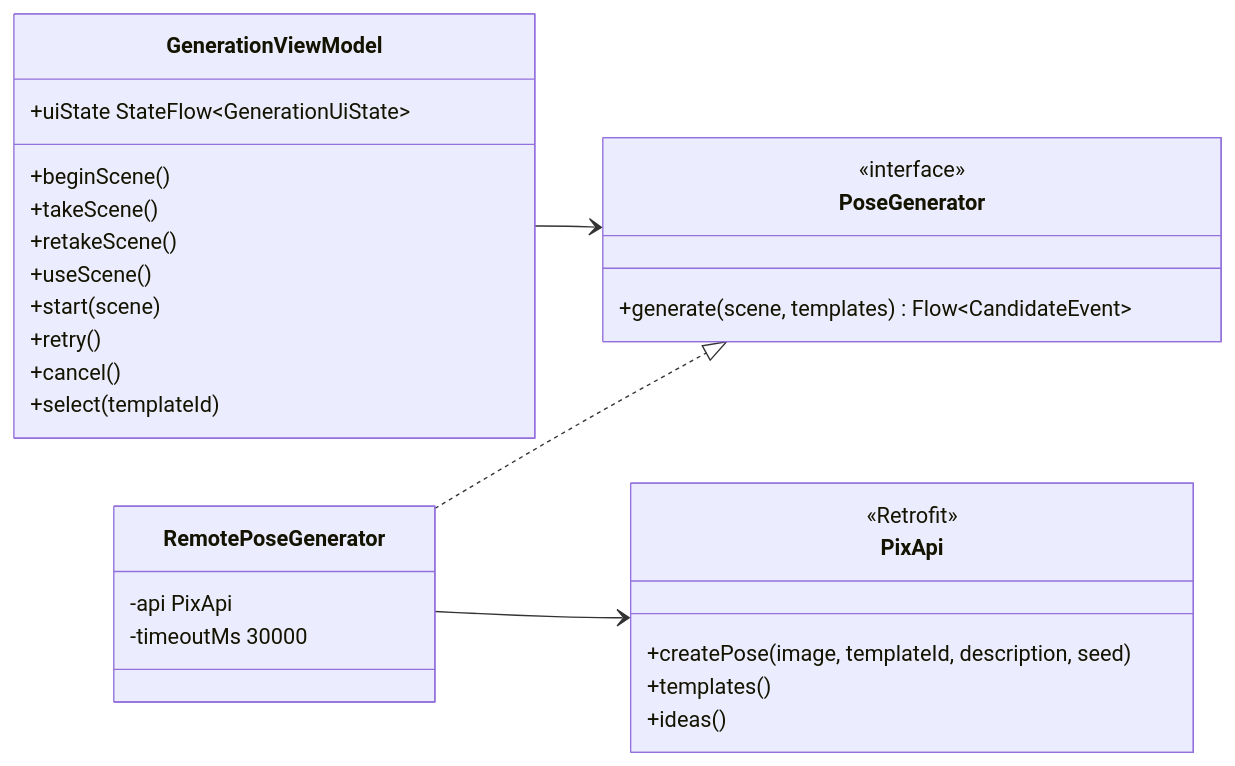
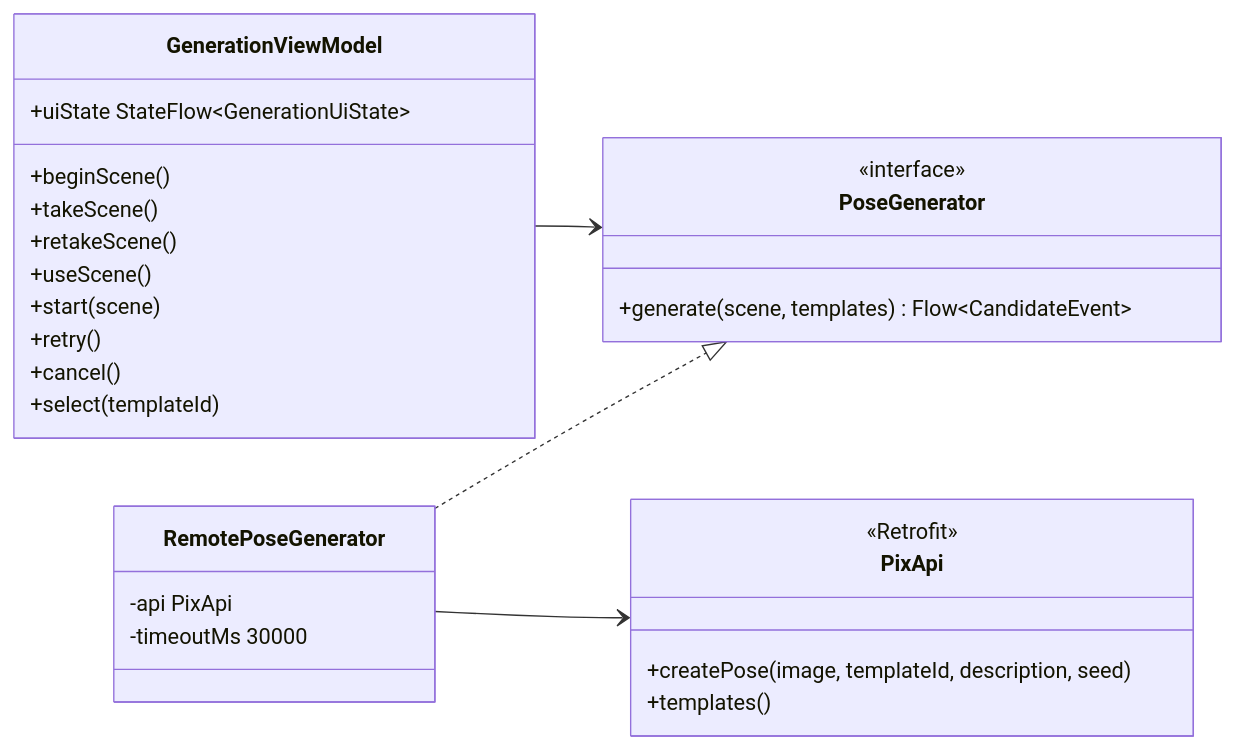
Before and after one commit to snuhcs-course/swpp-2026-project-team-10: the eighth of 12 diagrams in wiki/Design-Documentation.md, drawn with Mermaid. The commit also changed other lines of this file and 10 other files, not shown here.

````diff
--- a/wiki/Design-Documentation.md
+++ b/wiki/Design-Documentation.md
@@ -606,32 +607,31 @@
 ```mermaid
 classDiagram
   direction LR
   class GenerationViewModel {
     +uiState StateFlow~GenerationUiState~
     +beginScene()
     +takeScene()
     +retakeScene()
     +useScene()
     +start(scene)
     +retry()
     +cancel()
     +select(templateId)
   }
   class PoseGenerator {
     <<interface>>
     +generate(scene, templates) Flow~CandidateEvent~
   }
   class RemotePoseGenerator {
     -api PixApi
     -timeoutMs 30000
   }
   class PixApi {
     <<Retrofit>>
     +createPose(image, templateId, description, seed)
     +templates()
-    +ideas()
   }
   GenerationViewModel --> PoseGenerator
   RemotePoseGenerator ..|> PoseGenerator
   RemotePoseGenerator --> PixApi
 ```
````
